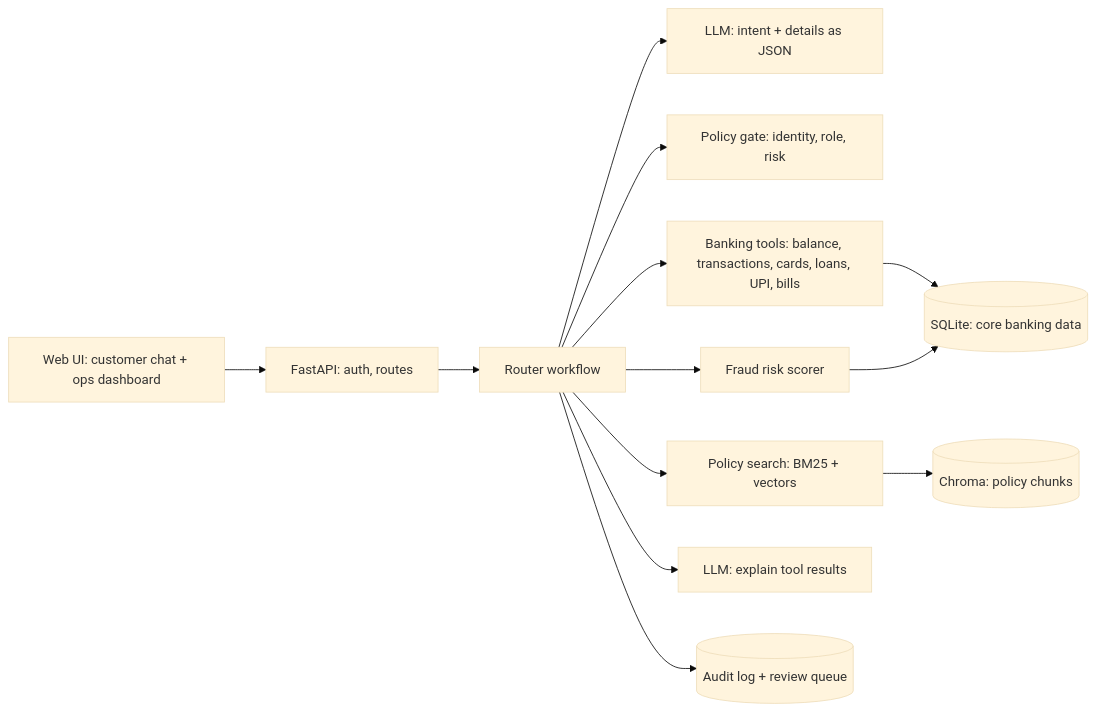
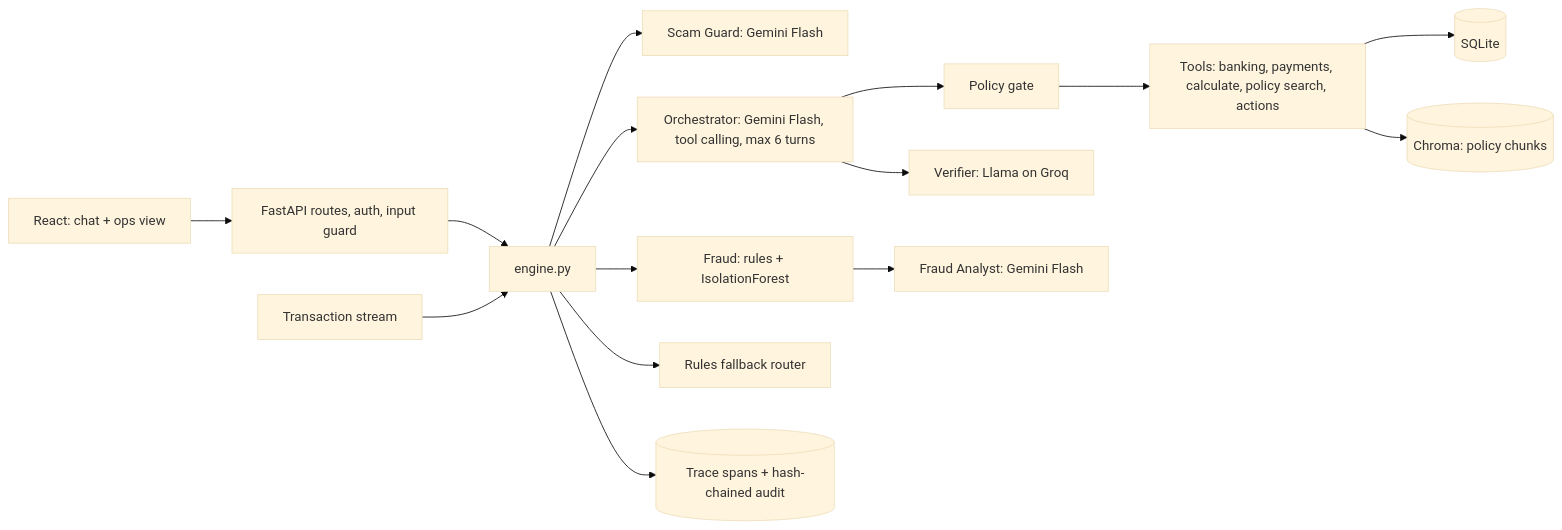
One commit to Ayush-Tak/hcl-hack changed the diagram in docs/design.md. Above: the diagram before and after it, drawn with Mermaid (base theme). The commit also changed other lines of this file and 4 other files, not shown here.

````diff
--- a/docs/design.md
+++ b/docs/design.md
@@ -29,15 +30,17 @@
 ```mermaid
 flowchart LR
-  UI[Web UI: customer chat + ops dashboard] --> API[FastAPI: auth, routes]
-  API --> ORCH[Router workflow]
-  ORCH --> INTENT[LLM: intent + details as JSON]
-  ORCH --> GATE[Policy gate: identity, role, risk]
-  ORCH --> TOOLS[Banking tools: balance, transactions, cards, loans, UPI, bills]
-  ORCH --> FRAUD[Fraud risk scorer]
-  ORCH --> RAG[Policy search: BM25 + vectors]
-  TOOLS --> DB[(SQLite: core banking data)]
-  FRAUD --> DB
-  RAG --> VEC[(Chroma: policy chunks)]
-  ORCH --> EXPLAIN[LLM: explain tool results]
-  ORCH --> AUDIT[(Audit log + review queue)]
+  UI[React: chat + ops view] --> API[FastAPI routes, auth, input guard]
+  API --> ENG[engine.py]
+  ENG --> SG[Scam Guard: Gemini Flash]
+  ENG --> ORCH[Orchestrator: Gemini Flash, tool calling, max 6 turns]
+  ORCH --> GATE[Policy gate]
+  GATE --> TOOLS[Tools: banking, payments, calculate, policy search, actions]
+  TOOLS --> DB[(SQLite)]
+  TOOLS --> VEC[(Chroma: policy chunks)]
+  STREAM[Transaction stream] --> ENG
+  ENG --> FRAUD[Fraud: rules + IsolationForest]
+  FRAUD --> FA[Fraud Analyst: Gemini Flash]
+  ORCH --> VER[Verifier: Llama on Groq]
+  ENG --> FB[Rules fallback router]
+  ENG --> TRACE[(Trace spans + hash-chained audit)]
 ```
````
